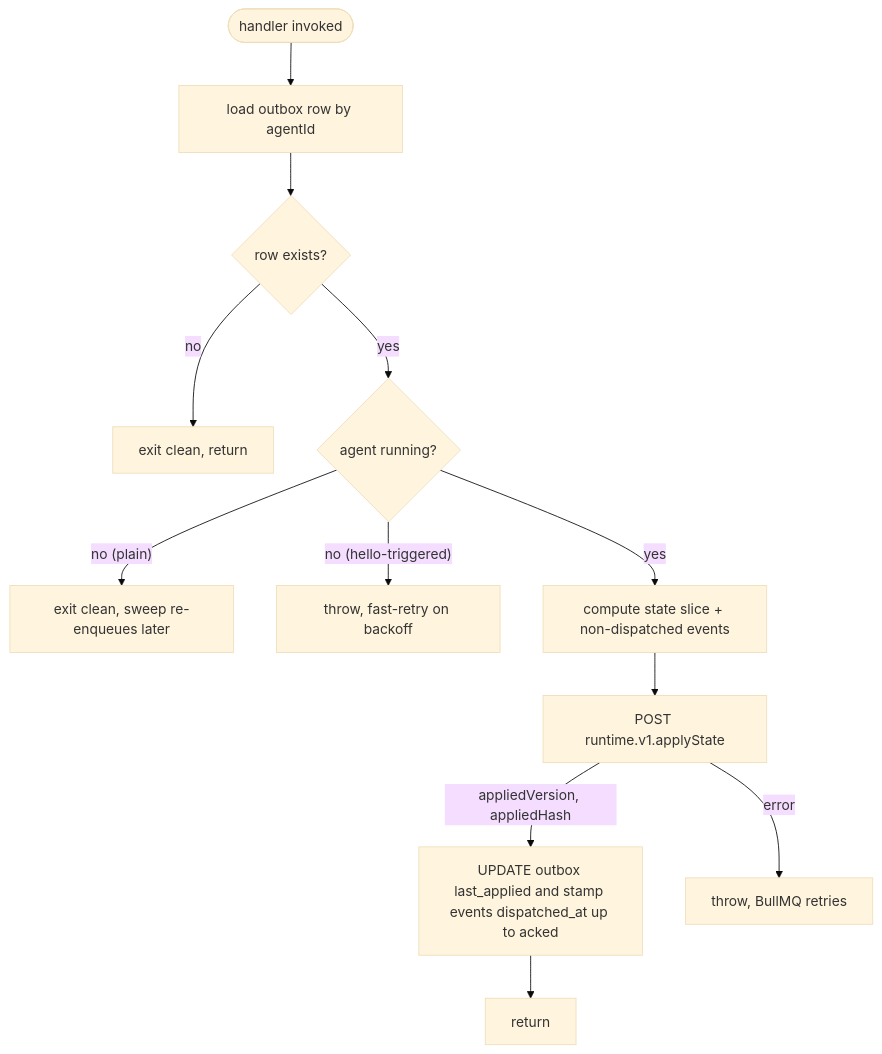
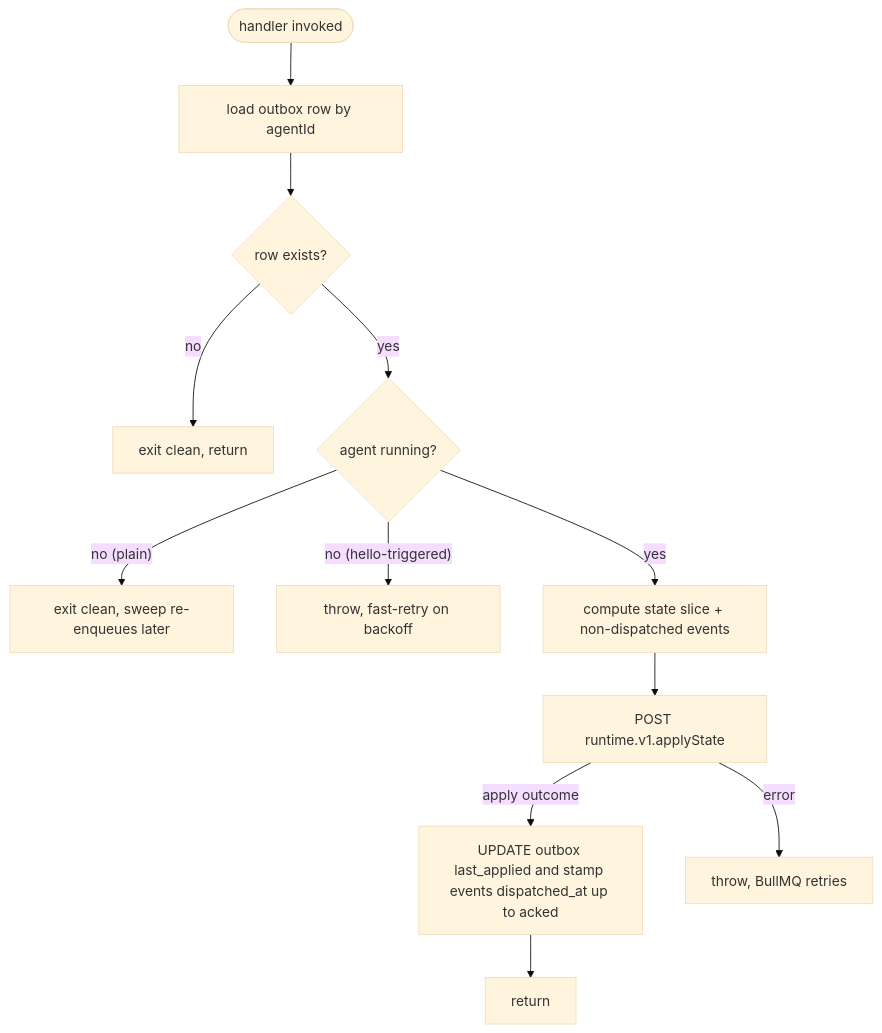
The sixth of 6 diagrams in docs/architecture/connections.md (subbyte/dam), drawn with Mermaid (base theme) before and after one commit. The commit also changed other lines of this file and 1 other file, not shown here.

First line of the commit message:
docs(architecture): describe protocols semantically, fix connections drift (#1085)

````diff
--- a/docs/architecture/connections.md
+++ b/docs/architecture/connections.md
@@ -403,24 +377,24 @@
 ```mermaid
 flowchart TD
   handlerStart([handler invoked])
   load[load outbox row by agentId]
   exists{row exists?}
   noop[exit clean, return]
   check{agent running?}
   defer[exit clean, sweep re-enqueues later]
   retry[throw, fast-retry on backoff]
   compute[compute state slice + non-dispatched events]
   dispatch[POST runtime.v1.applyState]
   stamp["UPDATE outbox last_applied and stamp events dispatched_at up to acked"]
   ok[return]
   fail[throw, BullMQ retries]
 
   handlerStart --> load --> exists
   exists -->|no| noop
   exists -->|yes| check
   check -->|"no (plain)"| defer
   check -->|"no (hello-triggered)"| retry
   check -->|yes| compute --> dispatch
-  dispatch -->|appliedVersion, appliedHash| stamp --> ok
+  dispatch -->|apply outcome| stamp --> ok
   dispatch -->|error| fail
 ```
````
